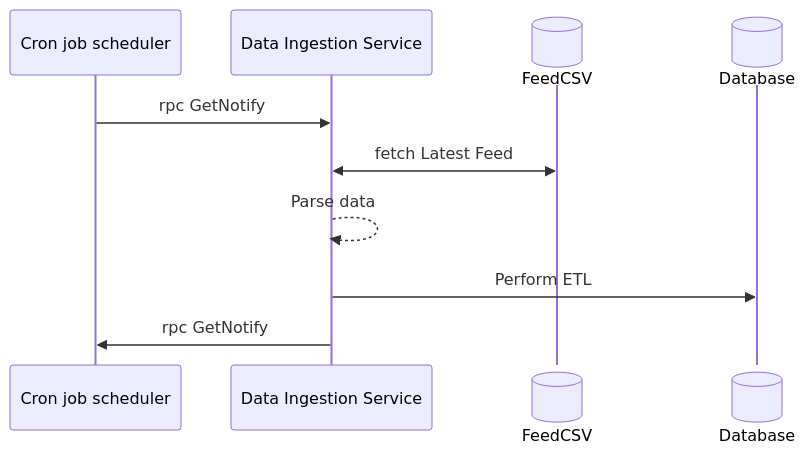
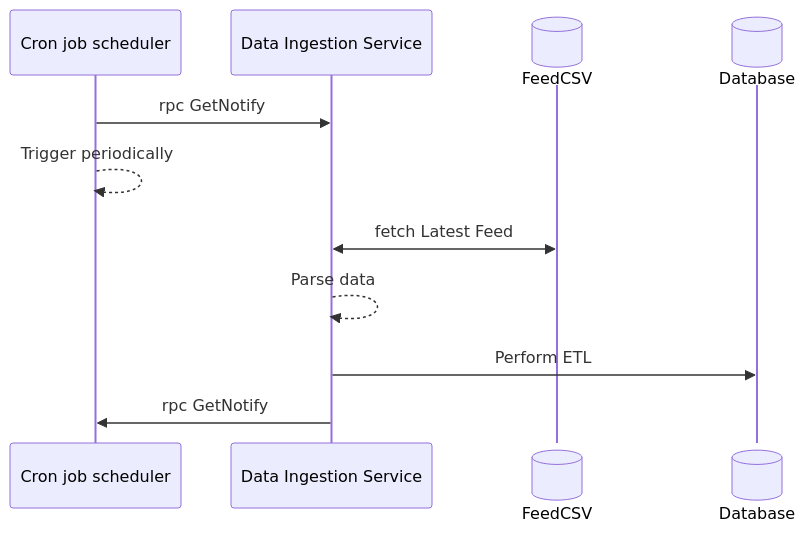
Before and after one commit to vinaymanala/NationPulse: the fifth of 5 diagrams in README.md, drawn with Mermaid. The commit also changed other lines of this file, not shown here.

Commit message:
updates readme with simple high level design flow

````diff
--- a/README.md
+++ b/README.md
@@ -159,13 +217,14 @@
 ```mermaid
 sequenceDiagram
     participant Cron job scheduler
     participant Data Ingestion Service
     participant FeedCSV@{ "type" : "database" }
     participant Database@{ "type" : "database" }
 
     Cron job scheduler ->> Data Ingestion Service: rpc GetNotify
+    Cron job scheduler -->> Cron job scheduler: Trigger periodically
     Data Ingestion Service <<->> FeedCSV: fetch Latest Feed
     Data Ingestion Service -->> Data Ingestion Service: Parse data
     Data Ingestion Service ->> Database: Perform ETL
     Data Ingestion Service ->> Cron job scheduler: rpc GetNotify
 ```
````
